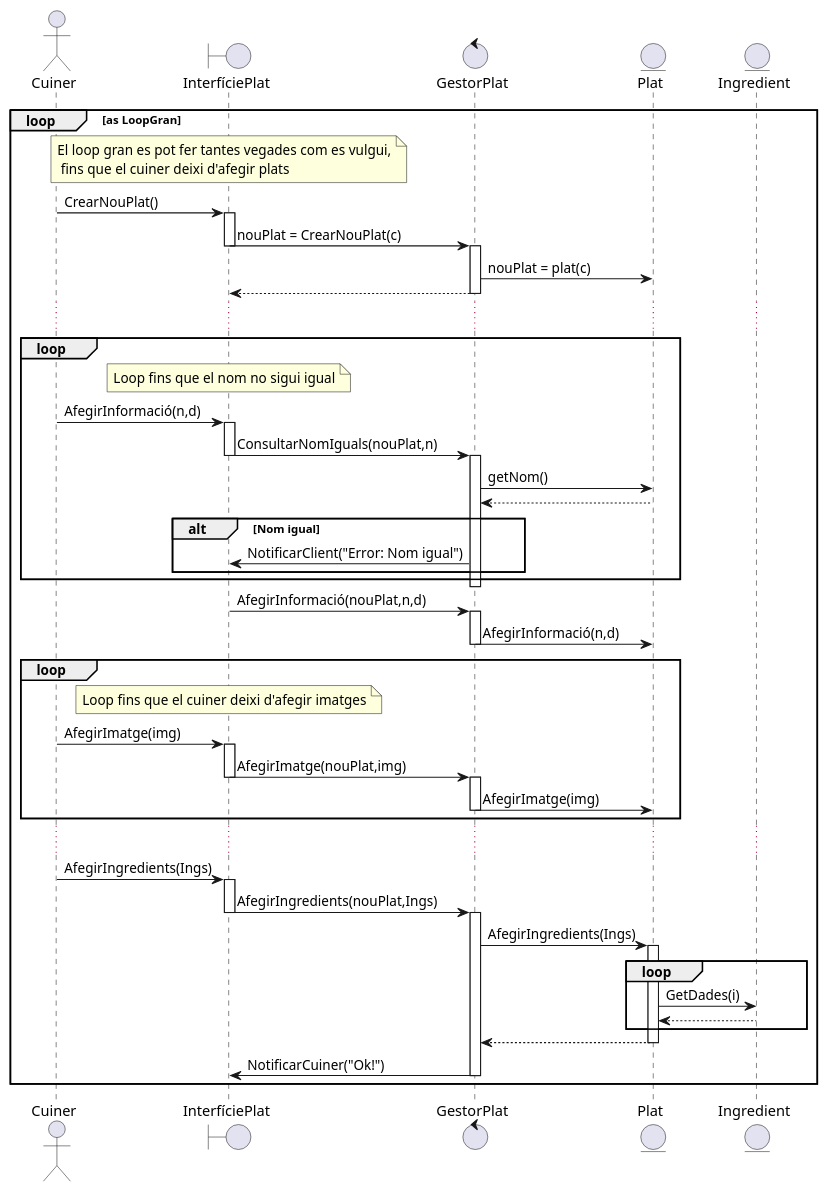
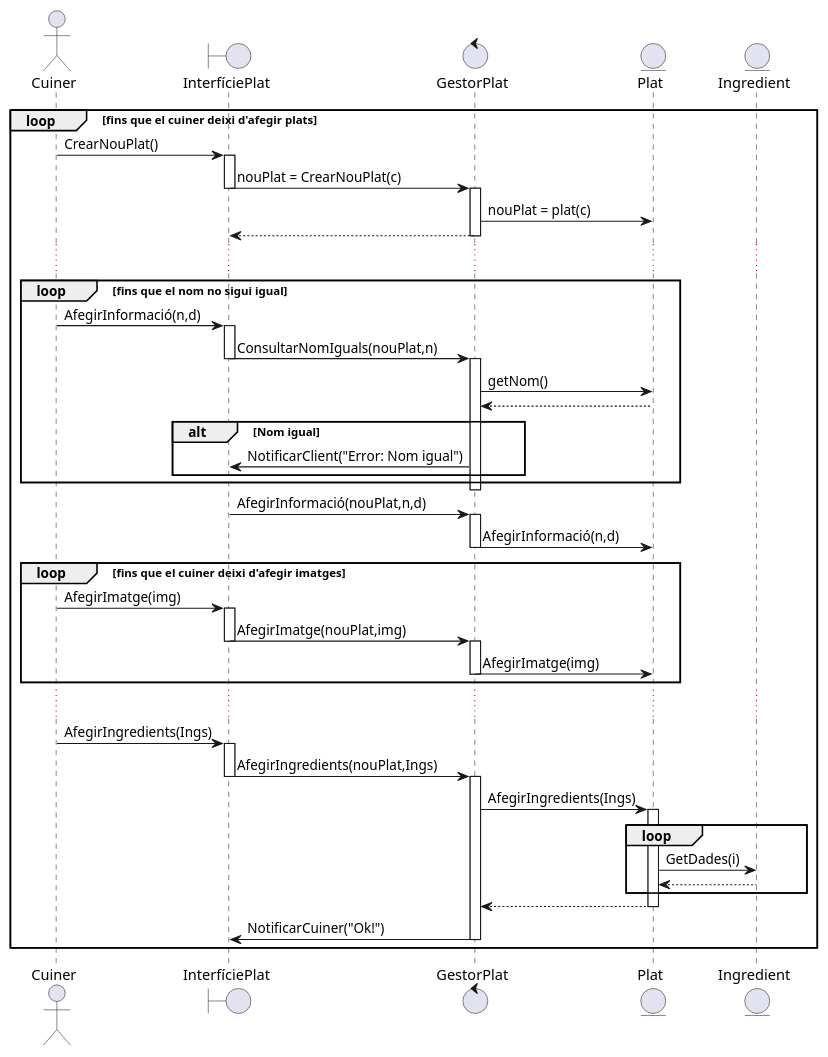
The diagram in documents/Diagrames i Especificacions/Seqüencia/Hiro! ^3^/1. Oferir Conjunt de Plats.puml (martipages/ES23UAB431-02), drawn with PlantUML before and after one commit. The commit also changed 3 other files, not shown here.

```diff
--- a/documents/Diagrames i Especificacions/Seqüencia/Hiro! ^3^/1. Oferir Conjunt de Plats.puml
+++ b/documents/Diagrames i Especificacions/Seqüencia/Hiro! ^3^/1. Oferir Conjunt de Plats.puml
@@ -1,51 +1,48 @@
 @startuml
 actor Cuiner
 boundary InterfíciePlat
 control GestorPlat
 entity Plat
 entity Ingredient
 
-loop as LoopGran
+loop fins que el cuiner deixi d'afegir plats
 
-note over InterfíciePlat: El loop gran es pot fer tantes vegades com es vulgui,\n fins que el cuiner deixi d'afegir plats
 Cuiner -> InterfíciePlat++: CrearNouPlat()
 InterfíciePlat -> GestorPlat--++: nouPlat = CrearNouPlat(c)
 GestorPlat -> Plat: nouPlat = plat(c)
 GestorPlat --> InterfíciePlat--
 ...
-loop
-note over InterfíciePlat: Loop fins que el nom no sigui igual
+loop fins que el nom no sigui igual
 Cuiner -> InterfíciePlat++: AfegirInformació(n,d)
 InterfíciePlat -> GestorPlat--++: ConsultarNomIguals(nouPlat,n)
 GestorPlat -> Plat: getNom()
 Plat-->GestorPlat
 Alt Nom igual
 GestorPlat->InterfíciePlat: NotificarClient("Error: Nom igual")
 end
 end
 GestorPlat--
 
 InterfíciePlat -> GestorPlat--++: AfegirInformació(nouPlat,n,d)
 GestorPlat -> Plat: AfegirInformació(n,d)
 GestorPlat--
 
-loop
-note over InterfíciePlat: Loop fins que el cuiner deixi d'afegir imatges
+loop fins que el cuiner deixi d'afegir imatges
 Cuiner -> InterfíciePlat++: AfegirImatge(img)
 InterfíciePlat -> GestorPlat--++: AfegirImatge(nouPlat,img)
 GestorPlat -> Plat: AfegirImatge(img)
 GestorPlat--
 end
 
 ...
 Cuiner -> InterfíciePlat++: AfegirIngredients(Ings)
 InterfíciePlat -> GestorPlat--++: AfegirIngredients(nouPlat,Ings)
 GestorPlat->Plat++: AfegirIngredients(Ings)
  loop
    Plat->Ingredient: GetDades(i)
    Ingredient-->Plat
  end
  Plat-->GestorPlat--
  GestorPlat->InterfíciePlat--: NotificarCuiner("Ok!")
 end
 @enduml
```
